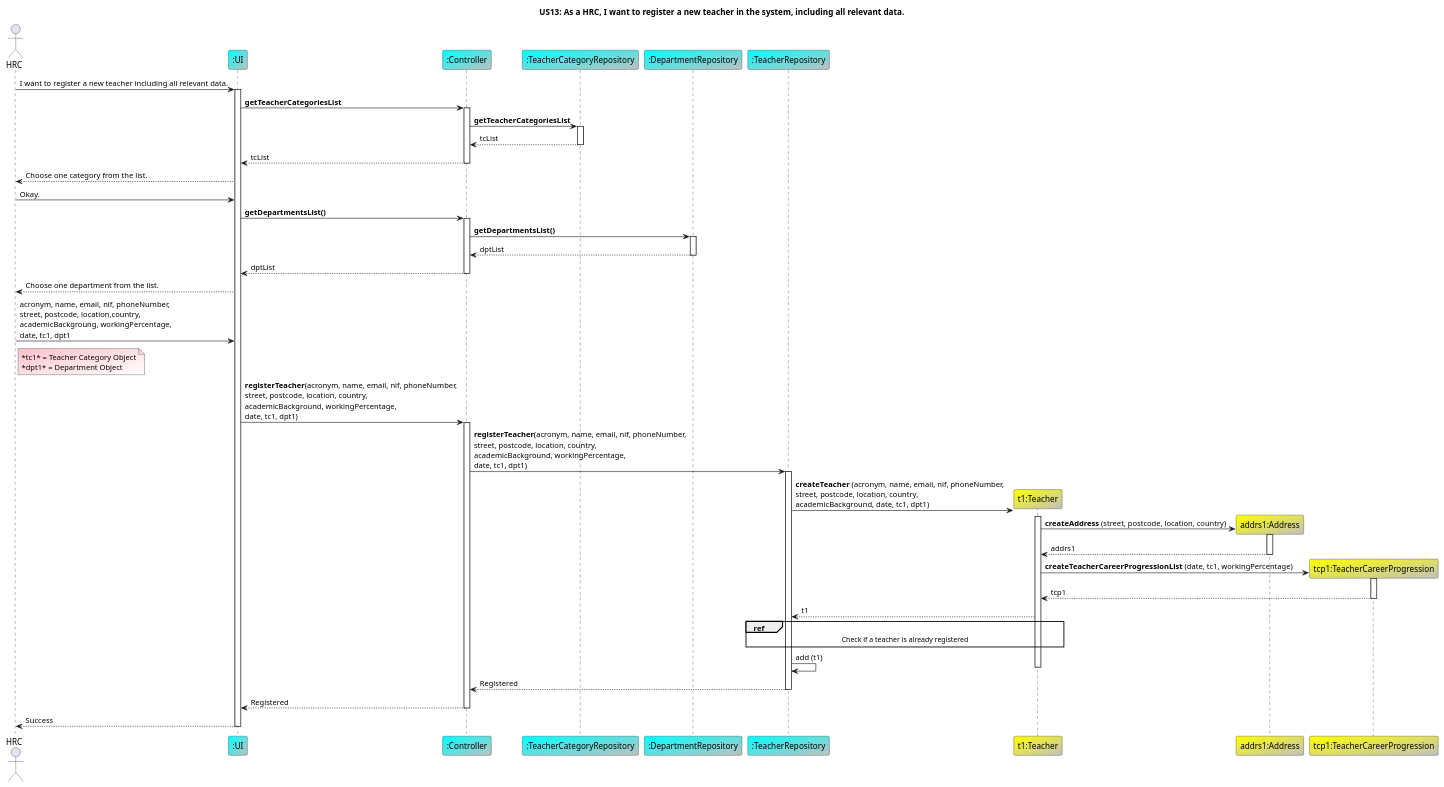
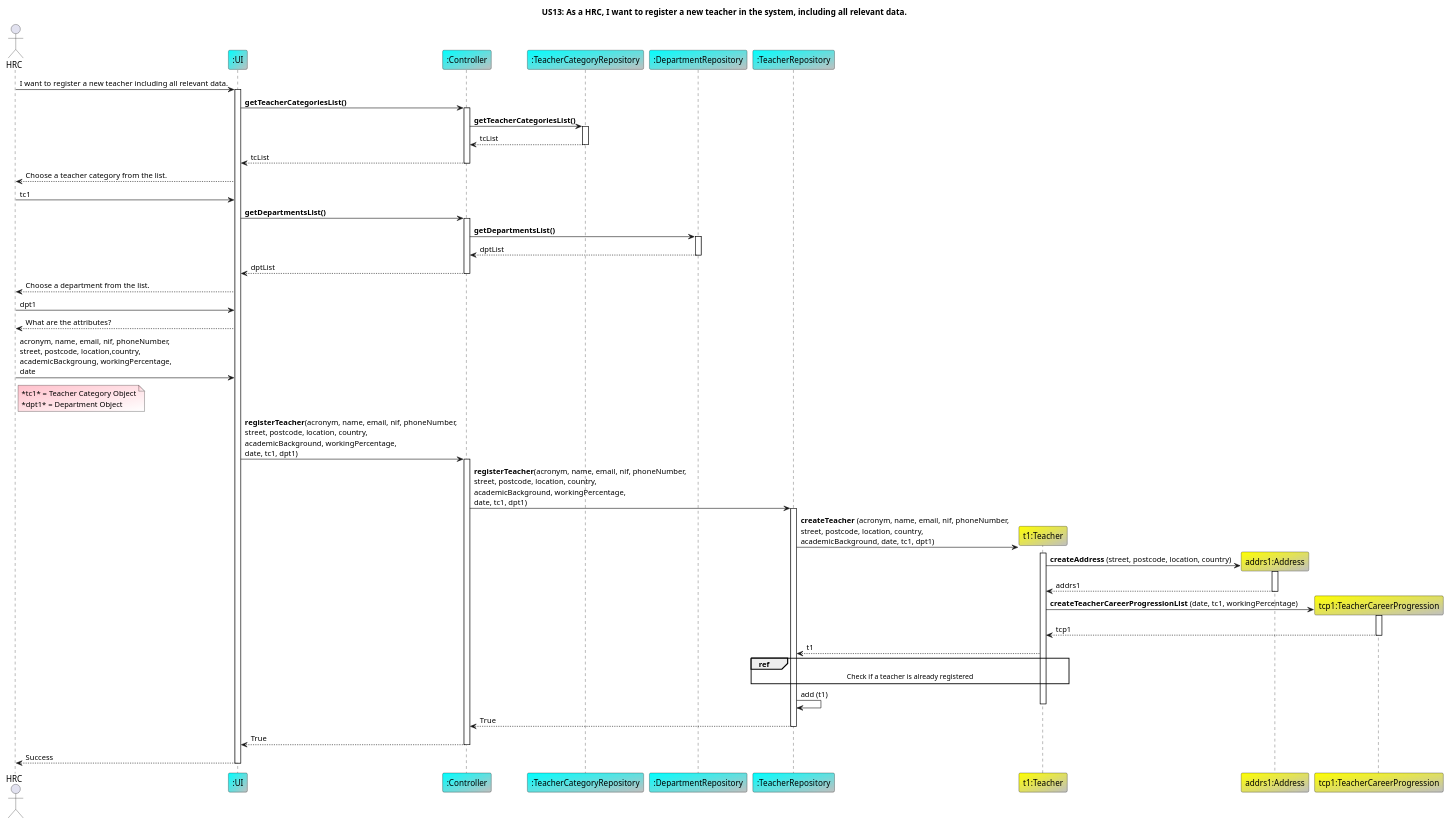
Before and after one commit to GasparISEP/DevOps-PAI: the diagram in docs/sequenceDiagrams/US13/US13_RegisterNewTeacherIncludingAllRelevantData.puml, drawn with PlantUML. The commit also changed 1 other file, not shown here.

Commit message:
Made minor corrections to US13 Sequence Diagram and Controller

```diff
--- a/docs/sequenceDiagrams/US13/US13_RegisterNewTeacherIncludingAllRelevantData.puml
+++ b/docs/sequenceDiagrams/US13/US13_RegisterNewTeacherIncludingAllRelevantData.puml
@@ -1,96 +1,100 @@
 @startuml
 
 title US13: As a HRC, I want to register a new teacher in the system, including all relevant data.
 
 actor HRC
 participant ":UI" as UI #Cyan/Silver
 participant ":Controller" as Controller #Cyan/Silver
 participant ":TeacherCategoryRepository" as TeacherCategoryRepository #Cyan/Silver
 participant ":DepartmentRepository" as DepartmentRepository #Cyan/Silver
 participant ":TeacherRepository" as TeacherRepository #Cyan/Silver
 participant "t1:Teacher" as Teacher #Yellow/Silver
 participant "addrs1:Address" as Address #Yellow/Silver
 participant "tcp1:TeacherCareerProgression" as TeacherCareerProgression #Yellow/Silver
 
 
 HRC -> UI: I want to register a new teacher including all relevant data.
 activate UI
 
-UI -> Controller: **getTeacherCategoriesList**
+UI -> Controller: **getTeacherCategoriesList()**
 activate Controller
 
-Controller -> TeacherCategoryRepository: **getTeacherCategoriesList**
+Controller -> TeacherCategoryRepository: **getTeacherCategoriesList()**
 activate TeacherCategoryRepository
 
 TeacherCategoryRepository --> Controller: tcList
 deactivate TeacherCategoryRepository
 
 Controller --> UI: tcList
 deactivate Controller
 
-UI --> HRC: Choose one category from the list.
+UI --> HRC: Choose a teacher category from the list.
 
-HRC -> UI: Okay.
+HRC -> UI: tc1
 
 UI -> Controller: **getDepartmentsList()**
 activate Controller
 
 Controller -> DepartmentRepository: **getDepartmentsList()**
 activate DepartmentRepository
 
 DepartmentRepository --> Controller: dptList
 deactivate DepartmentRepository
 
 Controller --> UI: dptList
 deactivate Controller
 
-UI --> HRC: Choose one department from the list.
+UI --> HRC: Choose a department from the list.
 
-HRC -> UI: acronym, name, email, nif, phoneNumber,\nstreet, postcode, location,country,\nacademicBackgroung, workingPercentage,\ndate, tc1, dpt1
+HRC -> UI: dpt1
+
+UI --> HRC: What are the attributes?
+
+HRC -> UI: acronym, name, email, nif, phoneNumber,\nstreet, postcode, location,country,\nacademicBackgroung, workingPercentage,\ndate
 
 Note Right HRC #Pink/White
     *tc1* = Teacher Category Object
     *dpt1* = Department Object
 End Note
 
 UI -> Controller: **registerTeacher**(acronym, name, email, nif, phoneNumber,\nstreet, postcode, location, country,\nacademicBackground, workingPercentage,\ndate, tc1, dpt1)
 activate Controller
 
 Controller -> TeacherRepository: **registerTeacher**(acronym, name, email, nif, phoneNumber,\nstreet, postcode, location, country,\nacademicBackground, workingPercentage,\ndate, tc1, dpt1)
 activate TeacherRepository
 
 TeacherRepository -> Teacher **: **createTeacher** (acronym, name, email, nif, phoneNumber,\nstreet, postcode, location, country,\nacademicBackground, date, tc1, dpt1)
 activate Teacher
 
 Teacher -> Address **: **createAddress** (street, postcode, location, country)
 activate Address
 
 Address --> Teacher: addrs1
 deactivate Address
 
 Teacher -> TeacherCareerProgression **: **createTeacherCareerProgressionList** (date, tc1, workingPercentage)
 activate TeacherCareerProgression
 
 TeacherCareerProgression --> Teacher: tcp1
 deactivate TeacherCareerProgression
 
 Teacher --> TeacherRepository: t1
 
 ref over TeacherRepository, Teacher
     Check if a teacher is already registered
 end ref
 
 TeacherRepository -> TeacherRepository: add (t1)
 
 deactivate Teacher
 
-TeacherRepository --> Controller: Registered
+TeacherRepository --> Controller: True
 deactivate TeacherRepository
 
-Controller --> UI: Registered
+Controller --> UI: True
 deactivate Controller
 
 UI --> HRC: Success
 deactivate UI
 
 @enduml
```
